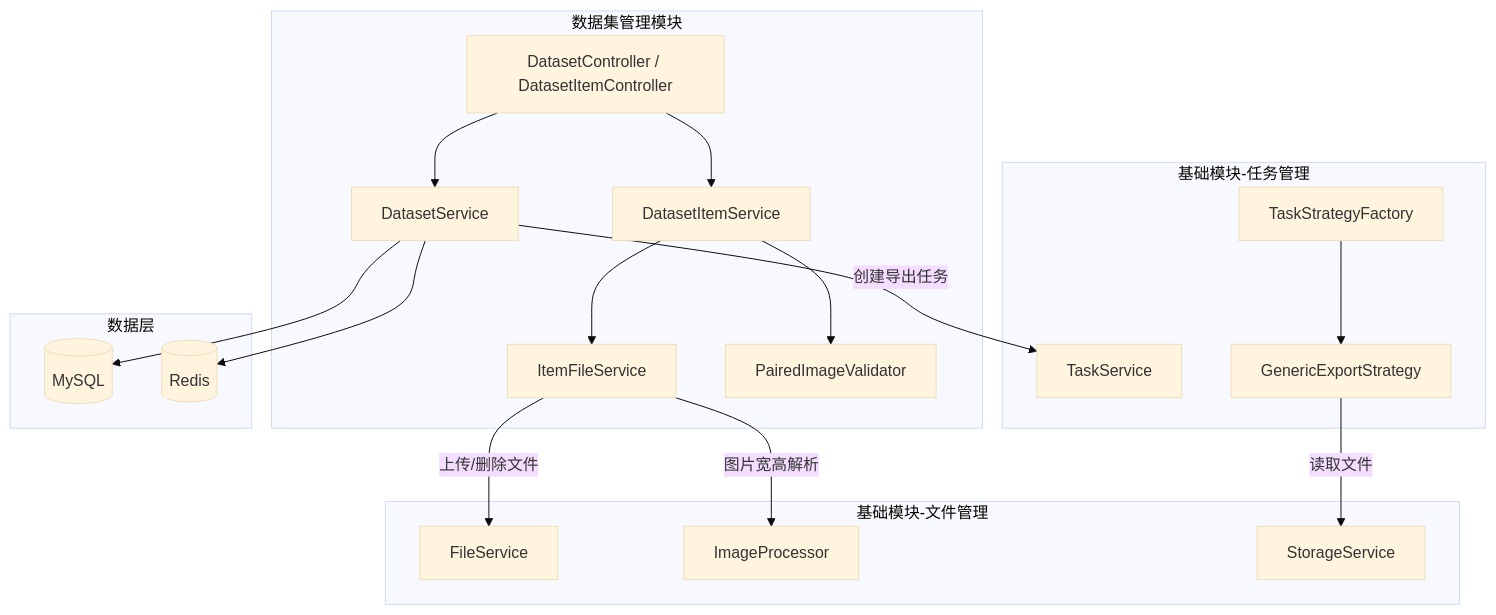
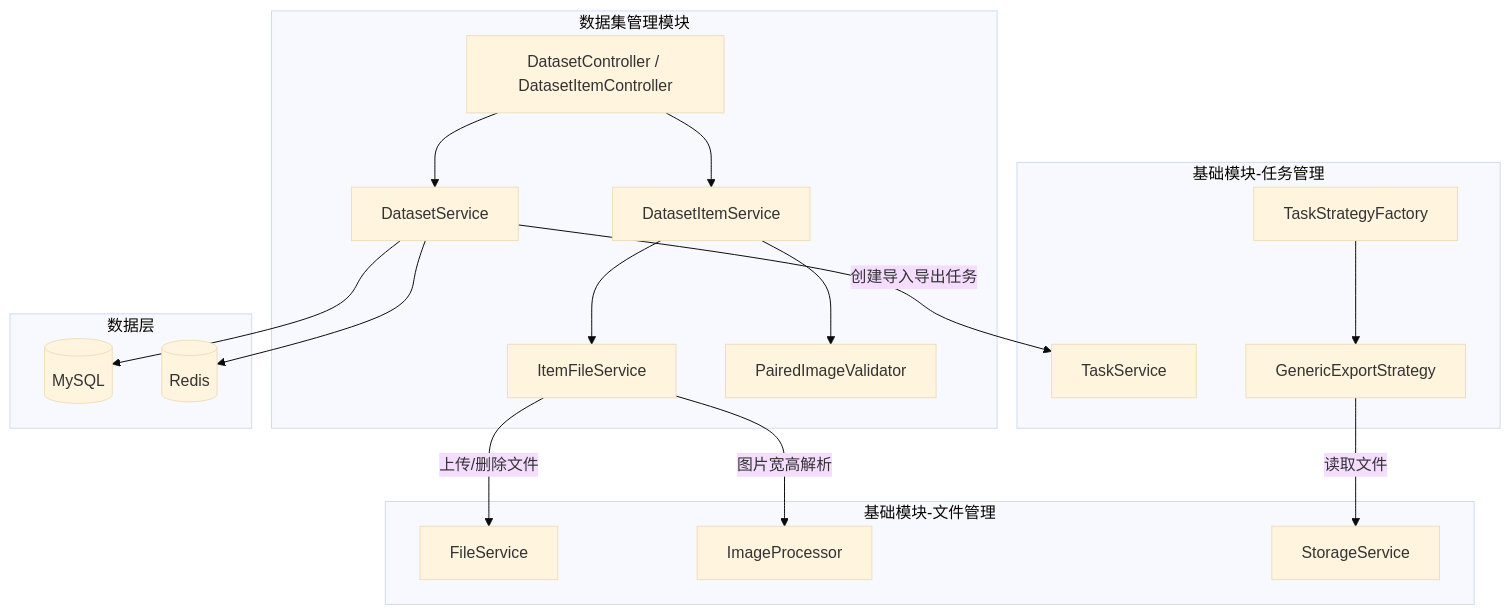
Before and after one commit to earthy-zinc/dehaze-system: the first of 4 diagrams in dehaze-doc/docs/03-模块设计/核心模块/数据集管理/后端实现.md, drawn with Mermaid (base theme). The commit also changed other lines of this file and 128 other files, not shown here.

````diff
--- a/dehaze-doc/docs/03-模块设计/核心模块/数据集管理/后端实现.md
+++ b/dehaze-doc/docs/03-模块设计/核心模块/数据集管理/后端实现.md
@@ -24,39 +24,39 @@
 ```mermaid
 graph TB
     subgraph 数据集管理模块
         A[DatasetController / DatasetItemController]
         B[DatasetService]
         C[DatasetItemService]
         D[ItemFileService]
         E[PairedImageValidator]
     end
 
     subgraph 基础模块-文件管理
         F[FileService]
         G[ImageProcessor]
         H[StorageService]
     end
 
     subgraph 基础模块-任务管理
         I[TaskService]
         J[TaskStrategyFactory]
         K[GenericExportStrategy]
     end
 
     subgraph 数据层
         M[(MySQL)]
         N[(Redis)]
     end
 
     A --> B
     A --> C
     C --> D
     C --> E
     D -->|上传/删除文件| F
     D -->|图片宽高解析| G
-    B -->|创建导出任务| I
+    B -->|创建导入导出任务| I
     J --> K
     K -->|读取文件| H
     B --> M
     B --> N
 ```
````
